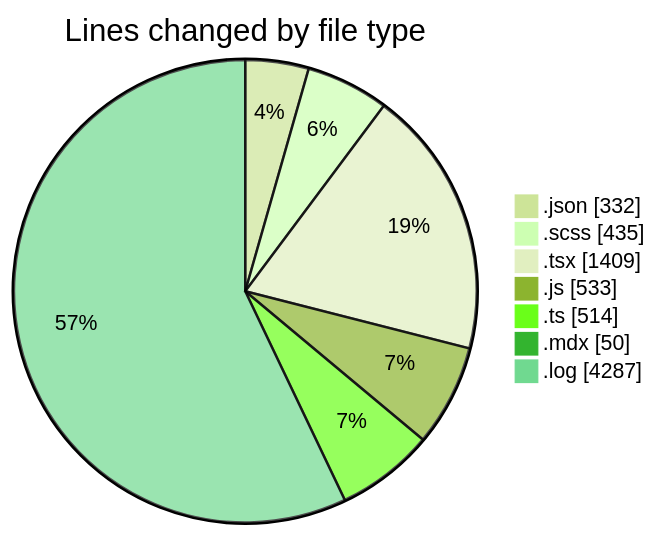
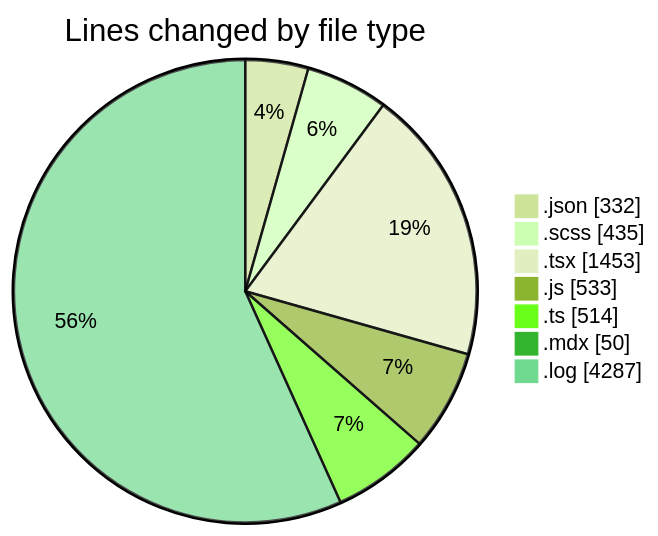
One commit to momahboobian/code-tracking changed the first of 2 diagrams in 2026-04-20/cda/README.md. Above: the diagram before and after it, drawn with Mermaid (forest theme). The commit also changed other lines of this file and 1 other file, not shown here.

````diff
--- a/2026-04-20/cda/README.md
+++ b/2026-04-20/cda/README.md
@@ -40,11 +40,11 @@
 ```mermaid
 pie showData
 title Lines changed by file type
 ".json" : 332
 ".scss" : 435
-".tsx" : 1409
+".tsx" : 1453
 ".js" : 533
 ".ts" : 514
 ".mdx" : 50
 ".log" : 4287
 ```
````
